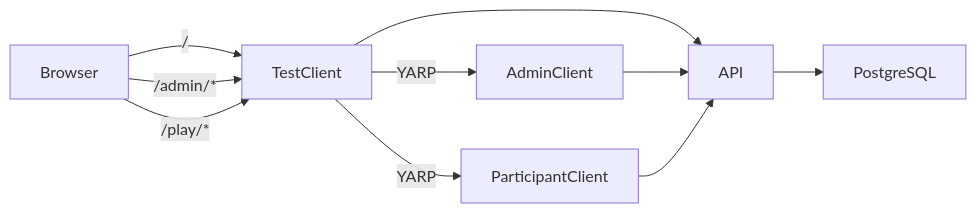
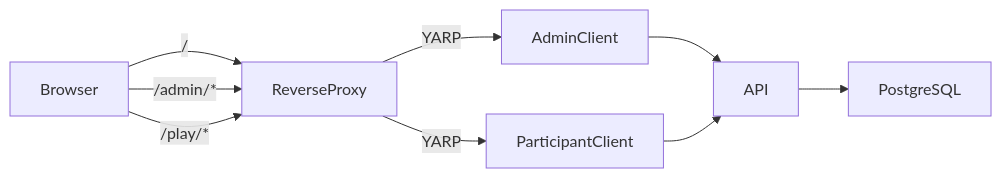
The diagram in docs/architecture.md (FrankyFriday/weihnachtsfeier_BIT), drawn with Mermaid before and after one commit. The commit also changed other lines of this file and 7 other files, not shown here.

````diff
--- a/docs/architecture.md
+++ b/docs/architecture.md
@@ -16,12 +16,11 @@
 ```mermaid
 flowchart LR
-    Browser -->|/| TestClient
-    Browser -->|/admin/*| TestClient
-    Browser -->|/play/*| TestClient
-    TestClient -->|YARP| AdminClient
-    TestClient -->|YARP| ParticipantClient
-    TestClient --> API
+    Browser -->|/| ReverseProxy
+    Browser -->|/admin/*| ReverseProxy
+    Browser -->|/play/*| ReverseProxy
+    ReverseProxy -->|YARP| AdminClient
+    ReverseProxy -->|YARP| ParticipantClient
     AdminClient --> API
     ParticipantClient --> API
     API --> PostgreSQL
 ```
````
